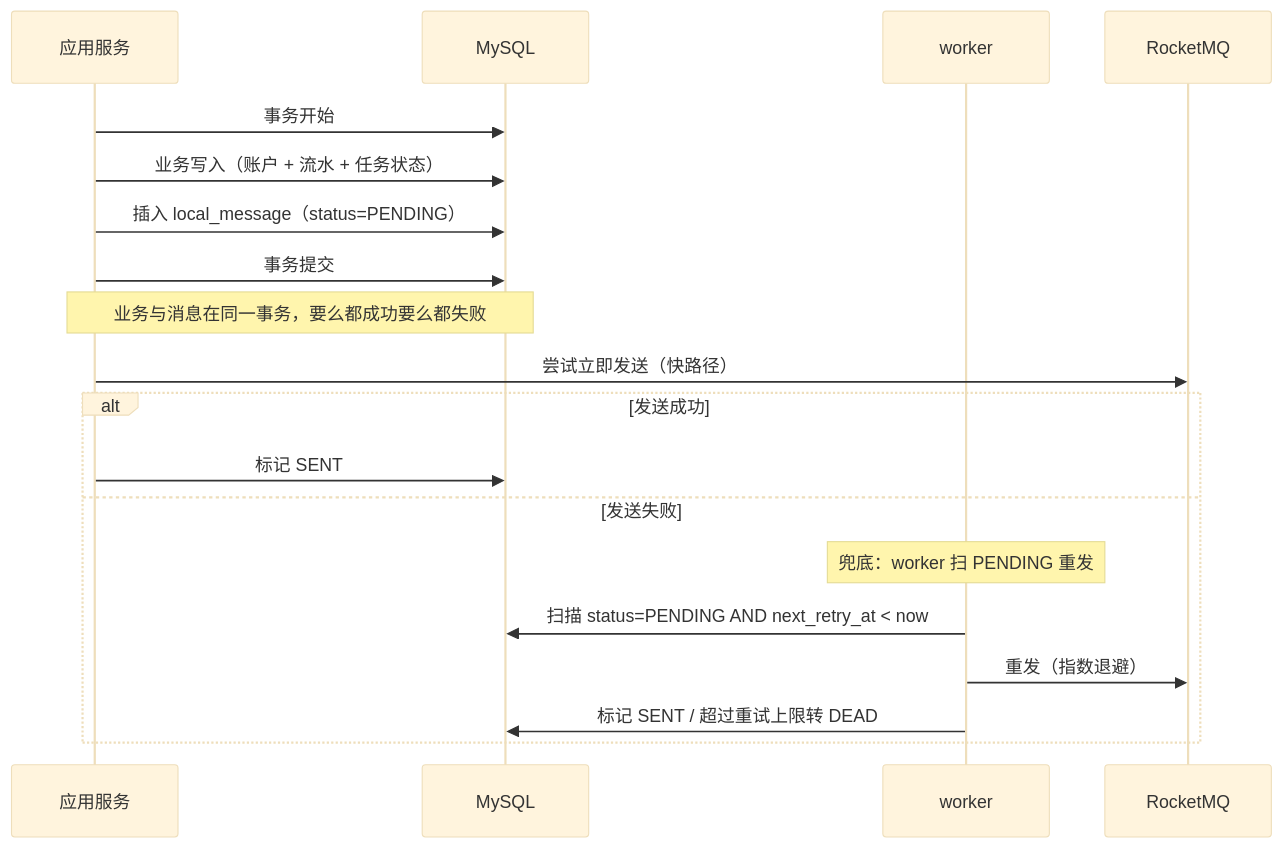
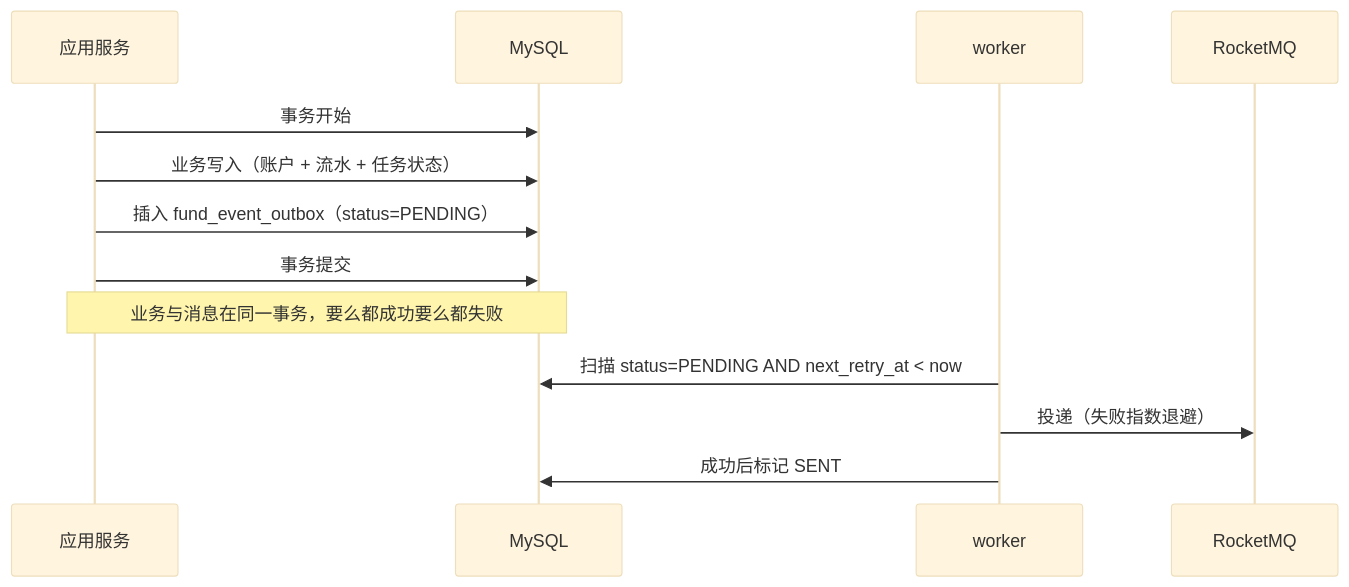
The seventh of 8 diagrams in peergrab-backend/docs/架构设计与技术选型.md (LittleSongxx/PeerGrab), drawn with Mermaid (base theme) before and after one commit. The commit also changed other lines of this file and 186 other files, not shown here.

````diff
--- a/peergrab-backend/docs/架构设计与技术选型.md
+++ b/peergrab-backend/docs/架构设计与技术选型.md
@@ -667,22 +668,16 @@
 ```mermaid
 sequenceDiagram
     participant A as 应用服务
     participant DB as MySQL
     participant WK as worker
     participant MQ as RocketMQ
 
     A->>DB: 事务开始
     A->>DB: 业务写入（账户 + 流水 + 任务状态）
-    A->>DB: 插入 local_message（status=PENDING）
+    A->>DB: 插入 fund_event_outbox（status=PENDING）
     A->>DB: 事务提交
     Note over A,DB: 业务与消息在同一事务，要么都成功要么都失败
-    A->>MQ: 尝试立即发送（快路径）
-    alt 发送成功
-        A->>DB: 标记 SENT
-    else 发送失败
-        Note over WK: 兜底：worker 扫 PENDING 重发
-        WK->>DB: 扫描 status=PENDING AND next_retry_at < now
-        WK->>MQ: 重发（指数退避）
-        WK->>DB: 标记 SENT / 超过重试上限转 DEAD
-    end
+    WK->>DB: 扫描 status=PENDING AND next_retry_at < now
+    WK->>MQ: 投递（失败指数退避）
+    WK->>DB: 成功后标记 SENT
 ```
````
